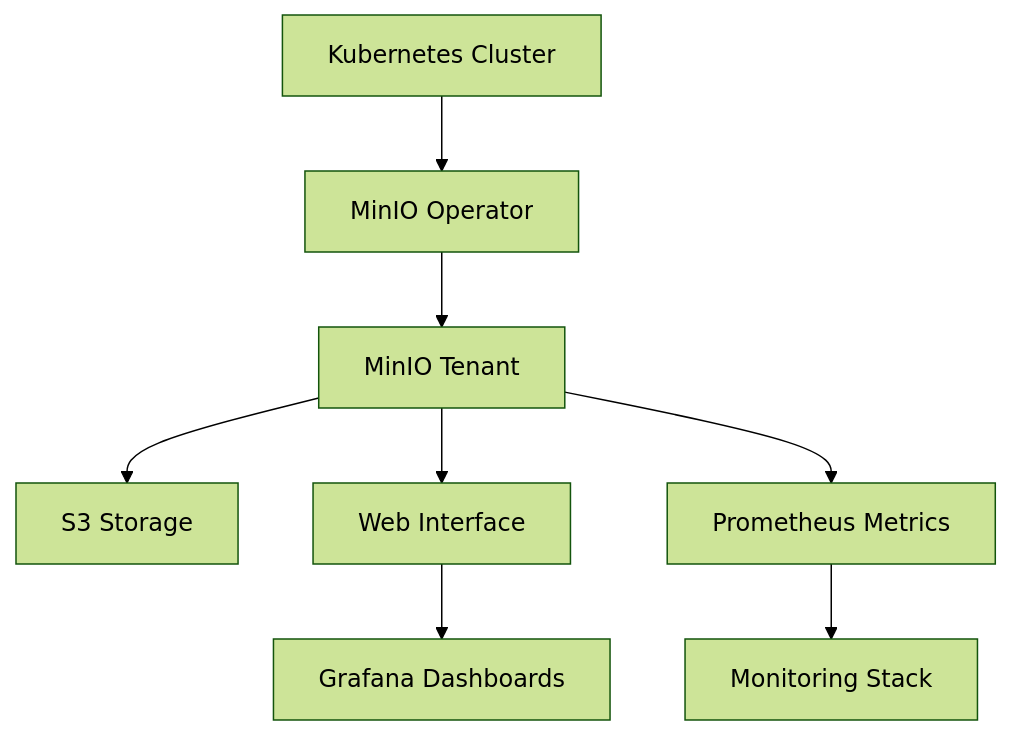
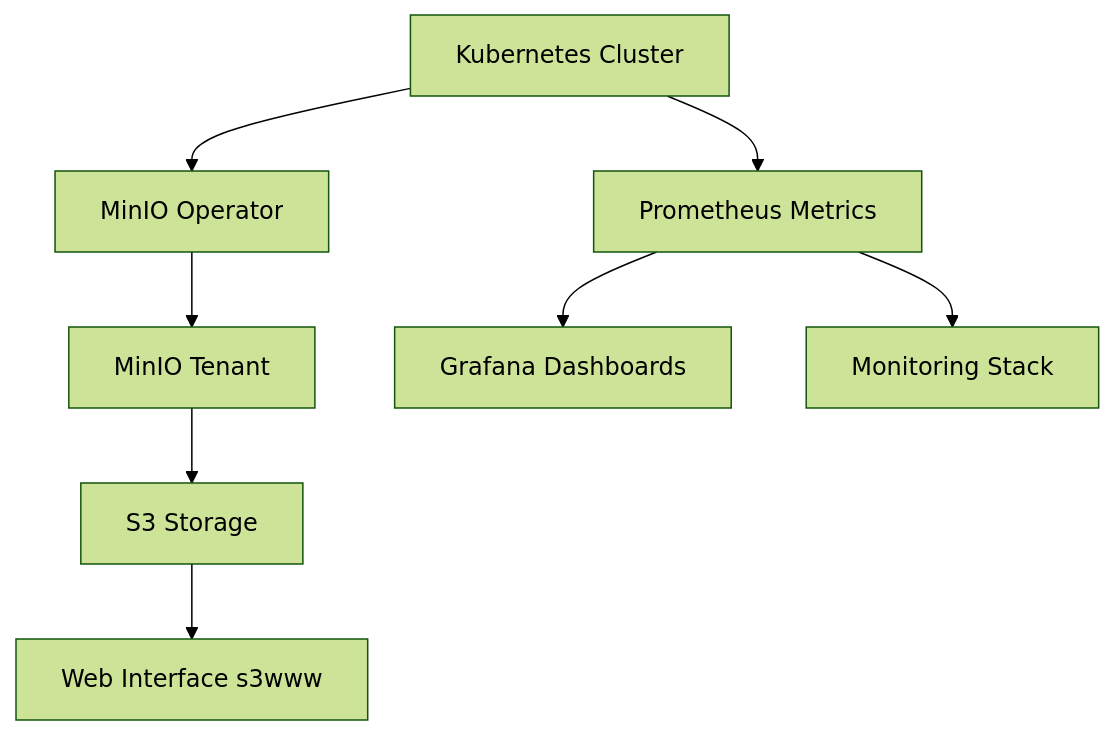
One commit to amohamedhey/up42-infra changed the diagram in README.md. Above: the diagram before and after it, drawn with Mermaid (forest theme). The commit also changed other lines of this file and 1 other file, not shown here.

Commit message:
doc: update readme and add links for the web app

````diff
--- a/README.md
+++ b/README.md
@@ -9,10 +9,10 @@
 ```mermaid
 graph TD
     A[Kubernetes Cluster] --> B[MinIO Operator]
     B --> C[MinIO Tenant]
     C --> D[S3 Storage]
-    C --> E[Web Interface]
-    E --> F[Grafana Dashboards]
-    C --> G[Prometheus Metrics]
+    D --> E[Web Interface s3www]
+    G --> F[Grafana Dashboards]
+    A --> G[Prometheus Metrics]
     G --> H[Monitoring Stack]
 ```
````
